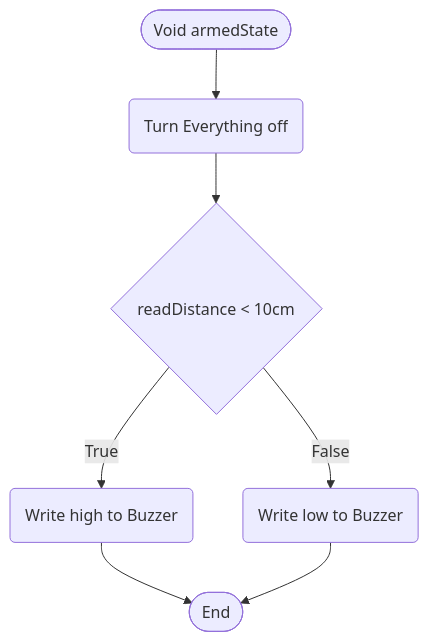
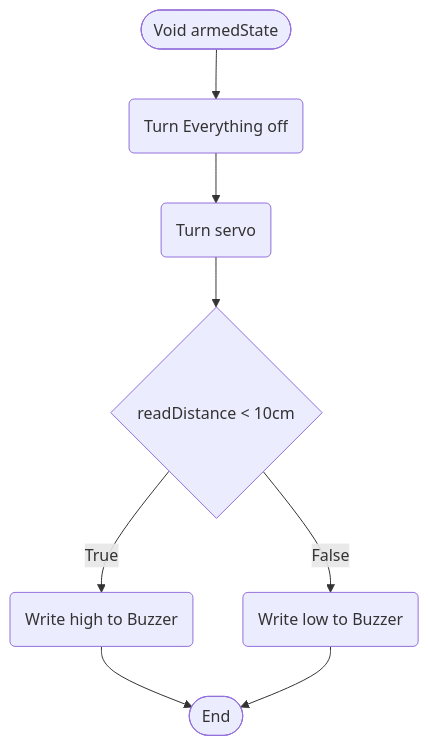
One commit to TheDjgamerProductions/Robotics2022 changed the fifth of 8 diagrams in Assessments/Assessment_2_Smart_Device_House/Logic.md. Above: the diagram before and after it, drawn with Mermaid.

````diff
--- a/Assessments/Assessment_2_Smart_Device_House/Logic.md
+++ b/Assessments/Assessment_2_Smart_Device_House/Logic.md
@@ -76,12 +76,13 @@
 ```mermaid
   flowchart TD
     terminalStart([Void armedState])
     terminalEnd([End])
     off(Turn Everything off)
+    lock(Turn servo)
     if{readDistance < 10cm}
     alarm(Write high to Buzzer)
     noAlarm(Write low to Buzzer)
-    terminalStart --> off --> if
+    terminalStart --> off --> lock --> if
     if --> |True| alarm --> terminalEnd
     if --> |False| noAlarm --> terminalEnd
 ```
````
